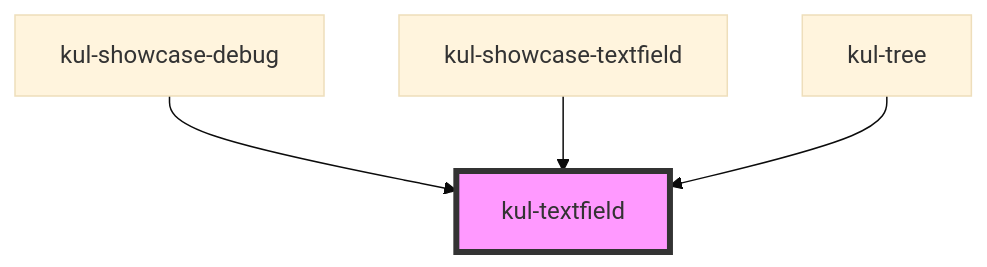
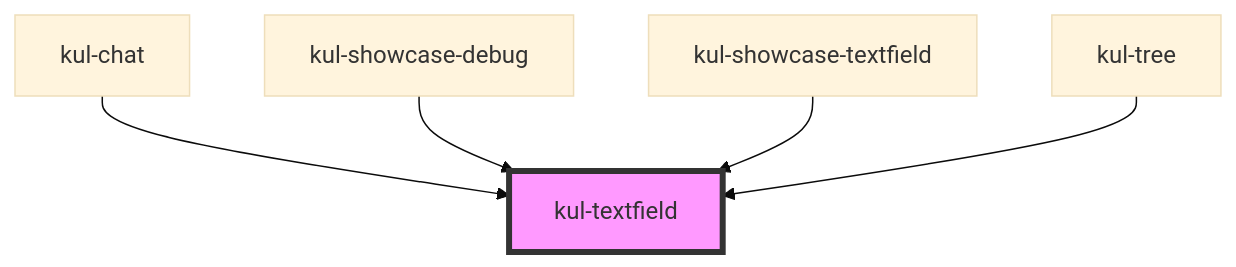
Before and after one commit to smeup/ketchup: the diagram in packages/ketchup-lite/src/components/kul-textfield/readme.md, drawn with Mermaid (base theme). The commit also changed other lines of this file and 25 other files, not shown here.

Commit message:
feat: new component kul-chat

````diff
--- a/packages/ketchup-lite/src/components/kul-textfield/readme.md
+++ b/packages/ketchup-lite/src/components/kul-textfield/readme.md
@@ -126,7 +127,8 @@
 ```mermaid
 graph TD;
+  kul-chat --> kul-textfield
   kul-showcase-debug --> kul-textfield
   kul-showcase-textfield --> kul-textfield
   kul-tree --> kul-textfield
   style kul-textfield fill:#f9f,stroke:#333,stroke-width:4px
 ```
````
